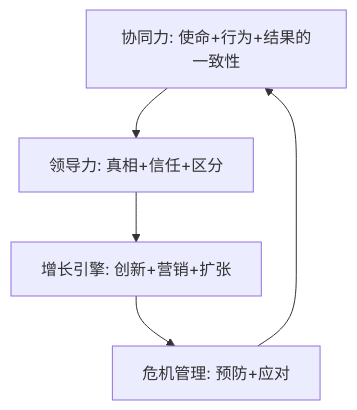
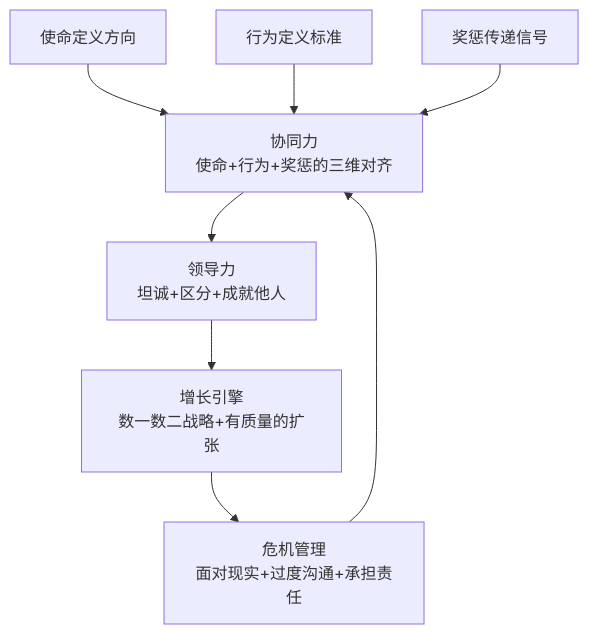
The first of 2 diagrams in 知识库/商业类/《商业的本质》 - 杰克·韦尔奇.md (xdawayer/obsidian), drawn with Mermaid before and after one commit. The commit also changed other lines of this file and 33 other files, not shown here.

````diff
--- a/知识库/商业类/《商业的本质》 - 杰克·韦尔奇.md
+++ b/知识库/商业类/《商业的本质》 - 杰克·韦尔奇.md
@@ -56,7 +45,11 @@
 ```mermaid
 graph TD
-    A[协同力: 使命+行为+结果的一致性] --> B[领导力: 真相+信任+区分]
-    B --> C[增长引擎: 创新+营销+扩张]
-    C --> D[危机管理: 预防+应对]
+    A[协同力<br/>使命+行为+奖惩的三维对齐] --> B[领导力<br/>坦诚+区分+成就他人]
+    B --> C[增长引擎<br/>数一数二战略+有质量的扩张]
+    C --> D[危机管理<br/>面对现实+过度沟通+承担责任]
     D --> A
+
+    A1[使命定义方向] --> A
+    A2[行为定义标准] --> A
+    A3[奖惩传递信号] --> A
 ```
````
